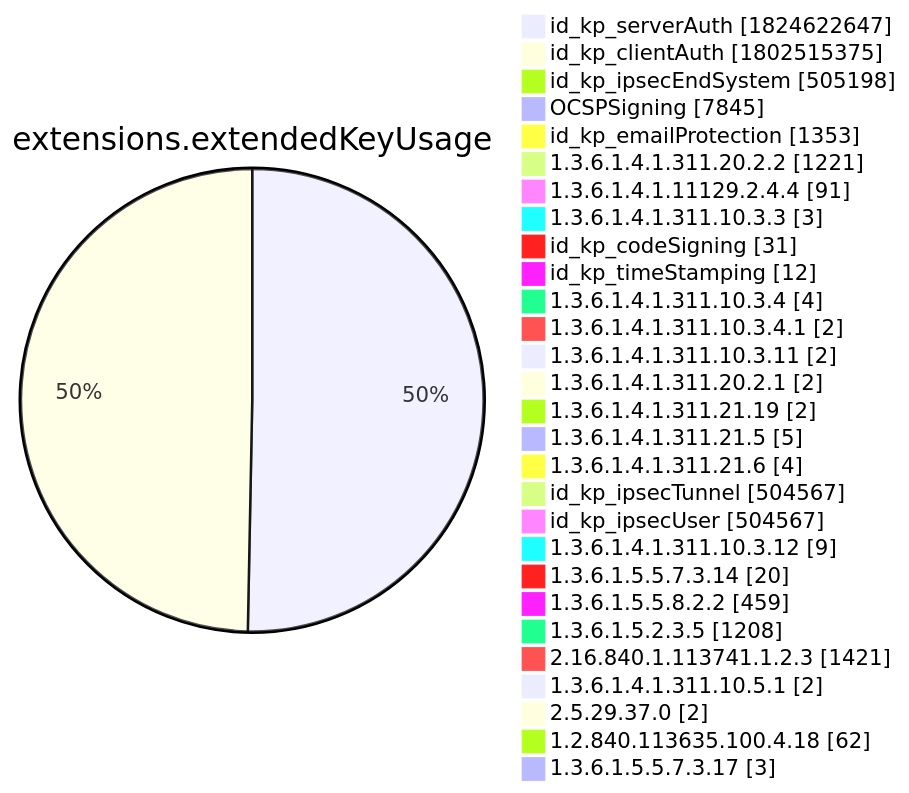
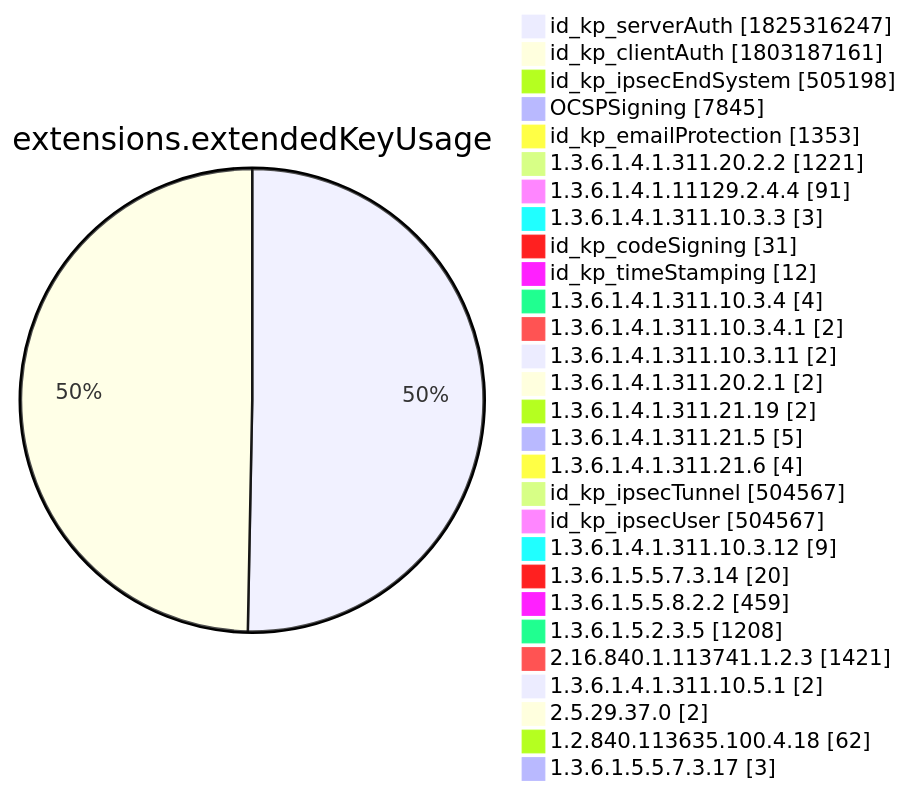
Diagram 12 of 15 in xenon2022/README.md (christiankrug/ctmonitor_visualization), drawn with Mermaid before and after one commit. The commit also changed other lines of this file, not shown here.

````diff
--- a/xenon2022/README.md
+++ b/xenon2022/README.md
@@ -3895,32 +3895,32 @@
 ```mermaid
 pie showData
 title extensions.extendedKeyUsage
-"id_kp_serverAuth" :1824622647
-"id_kp_clientAuth" :1802515375
+"id_kp_serverAuth" :1825316247
+"id_kp_clientAuth" :1803187161
 "id_kp_ipsecEndSystem" :505198
 "OCSPSigning" :7845
 "id_kp_emailProtection" :1353
 "1.3.6.1.4.1.311.20.2.2" :1221
 "1.3.6.1.4.1.11129.2.4.4" :91
 "1.3.6.1.4.1.311.10.3.3" :3
 "id_kp_codeSigning" :31
 "id_kp_timeStamping" :12
 "1.3.6.1.4.1.311.10.3.4" :4
 "1.3.6.1.4.1.311.10.3.4.1" :2
 "1.3.6.1.4.1.311.10.3.11" :2
 "1.3.6.1.4.1.311.20.2.1" :2
 "1.3.6.1.4.1.311.21.19" :2
 "1.3.6.1.4.1.311.21.5" :5
 "1.3.6.1.4.1.311.21.6" :4
 "id_kp_ipsecTunnel" :504567
 "id_kp_ipsecUser" :504567
 "1.3.6.1.4.1.311.10.3.12" :9
 "1.3.6.1.5.5.7.3.14" :20
 "1.3.6.1.5.5.8.2.2" :459
 "1.3.6.1.5.2.3.5" :1208
 "2.16.840.1.113741.1.2.3" :1421
 "1.3.6.1.4.1.311.10.5.1" :2
 "2.5.29.37.0" :2
 "1.2.840.113635.100.4.18" :62
 "1.3.6.1.5.5.7.3.17" :3
 ```
````
